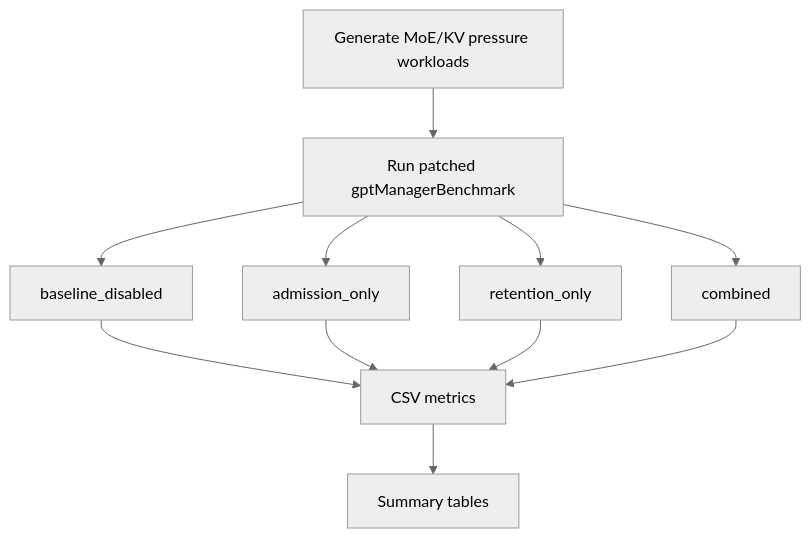
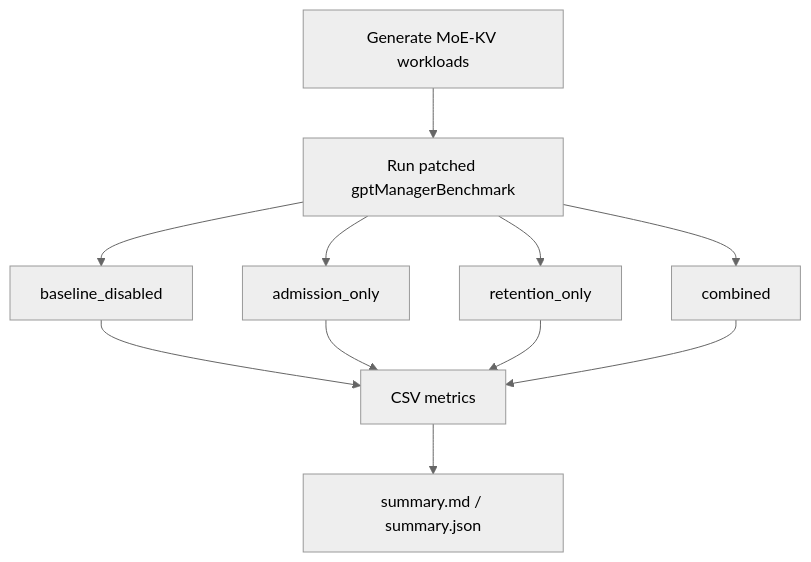
Before and after one commit to LongWeihan/trtllm-moe-kv-scheduler: the second of 2 diagrams in README.md, drawn with Mermaid (neutral theme). The commit also changed other lines of this file, not shown here.

Commit message:
Improve README landing page and architecture diagram

````diff
--- a/README.md
+++ b/README.md
@@ -89,13 +108,13 @@
 ```mermaid
 flowchart TB
-    A[Generate MoE/KV pressure workloads] --> B[Run patched gptManagerBenchmark]
-    B --> C[baseline_disabled]
-    B --> D[admission_only]
-    B --> E[retention_only]
-    B --> F[combined]
-    C --> G[CSV metrics]
+    A["Generate MoE-KV workloads"] --> B["Run patched gptManagerBenchmark"]
+    B --> C["baseline_disabled"]
+    B --> D["admission_only"]
+    B --> E["retention_only"]
+    B --> F["combined"]
+    C --> G["CSV metrics"]
     D --> G
     E --> G
     F --> G
-    G --> H[Summary tables]
+    G --> H["summary.md / summary.json"]
 ```
````
